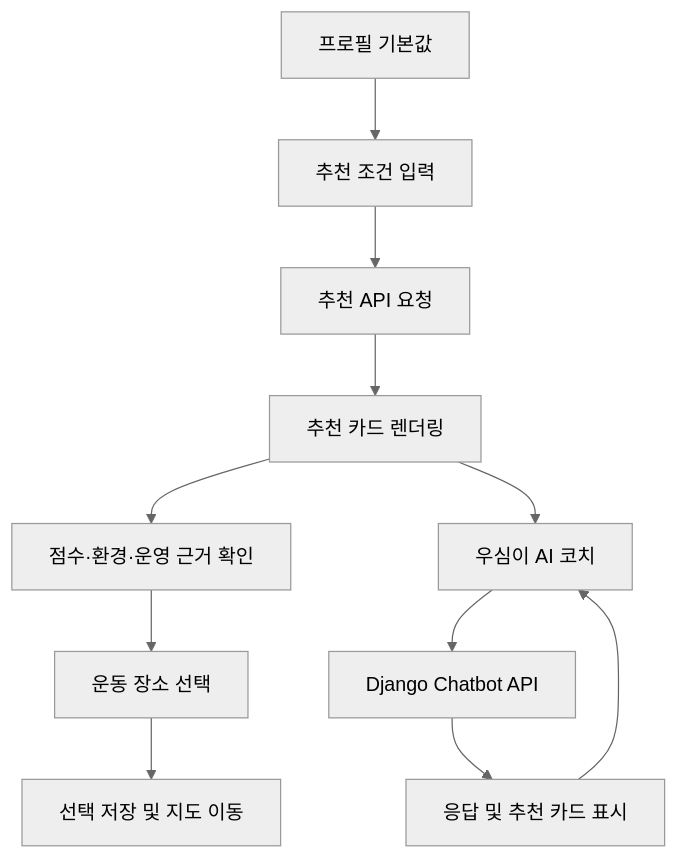
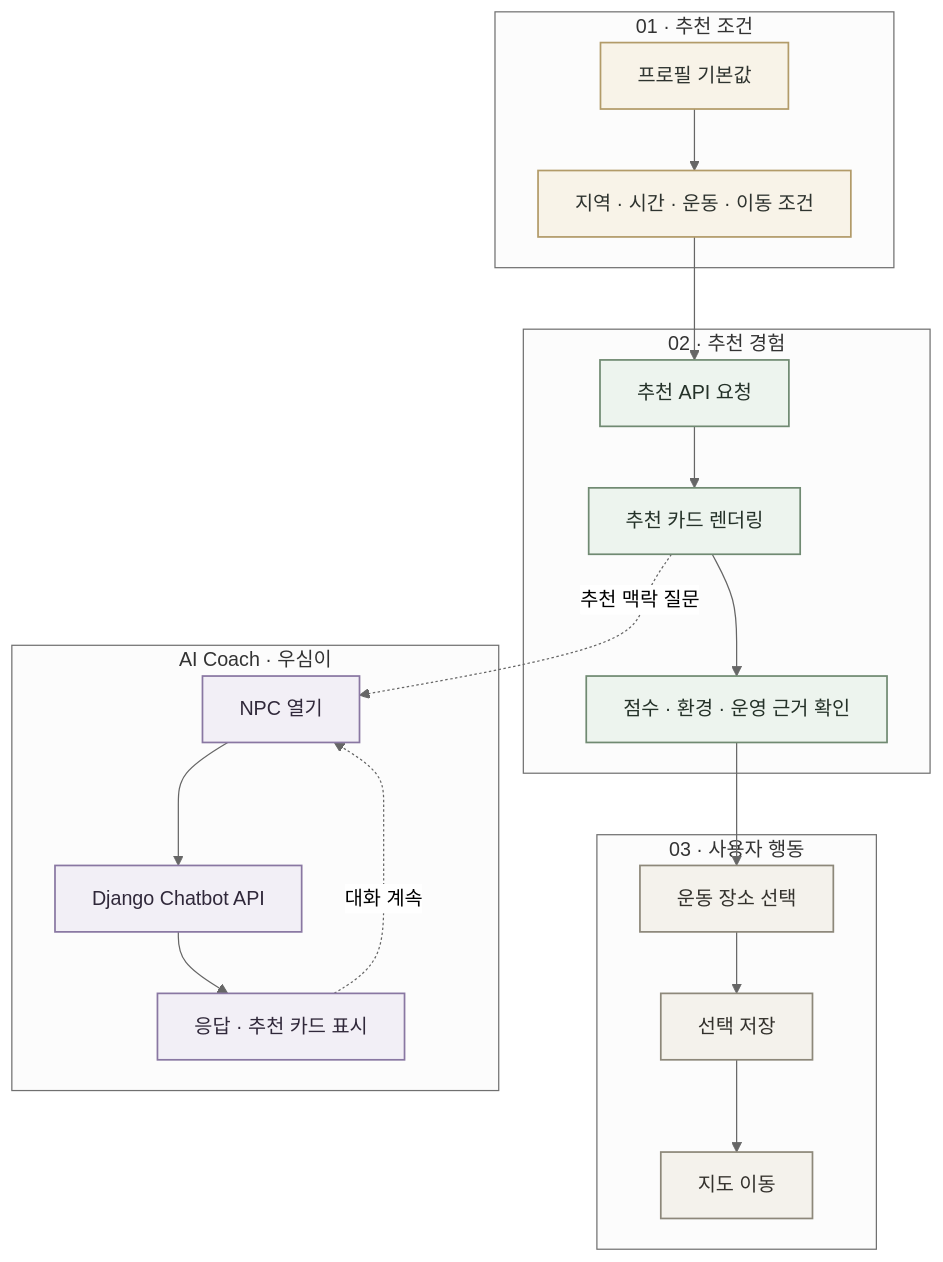
The diagram in README.md (Shinkyeongho/woosimwunkka-frontend-portfolio), drawn with Mermaid (neutral theme) before and after one commit. The commit also changed other lines of this file, not shown here.

Commit message:
Polish portfolio README presentation

````diff
--- a/README.md
+++ b/README.md
@@ -114,14 +129,33 @@
 ```mermaid
-flowchart TD
-    A[프로필 기본값] --> B[추천 조건 입력]
-    B --> C[추천 API 요청]
-    C --> D[추천 카드 렌더링]
-    D --> E[점수·환경·운영 근거 확인]
-    E --> F[운동 장소 선택]
-    F --> G[선택 저장 및 지도 이동]
+flowchart TB
+    subgraph INPUT["01 · 추천 조건"]
+        A["프로필 기본값"] --> B["지역 · 시간 · 운동 · 이동 조건"]
+    end
 
-    D --> H[우심이 AI 코치]
-    H --> I[Django Chatbot API]
-    I --> J[응답 및 추천 카드 표시]
-    J --> H
+    subgraph RECOMMEND["02 · 추천 경험"]
+        C["추천 API 요청"] --> D["추천 카드 렌더링"] --> E["점수 · 환경 · 운영 근거 확인"]
+    end
+
+    subgraph ACTION["03 · 사용자 행동"]
+        F["운동 장소 선택"] --> G["선택 저장"] --> H["지도 이동"]
+    end
+
+    subgraph COACH["AI Coach · 우심이"]
+        I["NPC 열기"] --> J["Django Chatbot API"] --> K["응답 · 추천 카드 표시"]
+        K -. "대화 계속" .-> I
+    end
+
+    B --> C
+    E --> F
+    D -. "추천 맥락 질문" .-> I
+
+    classDef input fill:#F8F3E8,stroke:#B29B69,stroke-width:1.4px,color:#2E332F;
+    classDef recommend fill:#EDF4EE,stroke:#708A72,stroke-width:1.4px,color:#243128;
+    classDef action fill:#F4F2EC,stroke:#8D887A,stroke-width:1.4px,color:#33312C;
+    classDef coach fill:#F2EFF6,stroke:#8977A2,stroke-width:1.4px,color:#30283A;
+
+    class A,B input;
+    class C,D,E recommend;
+    class F,G,H action;
+    class I,J,K coach;
 ```
````
